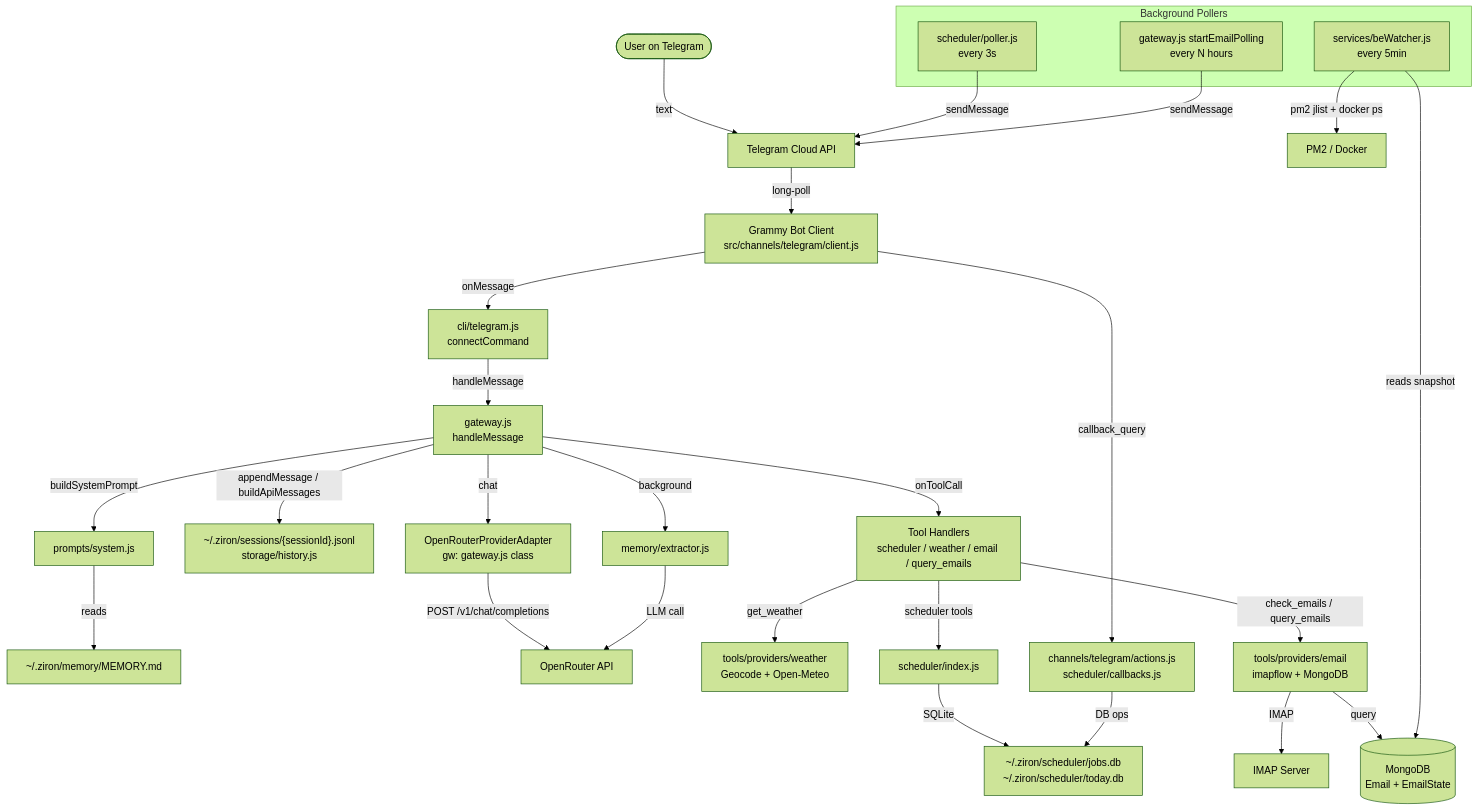
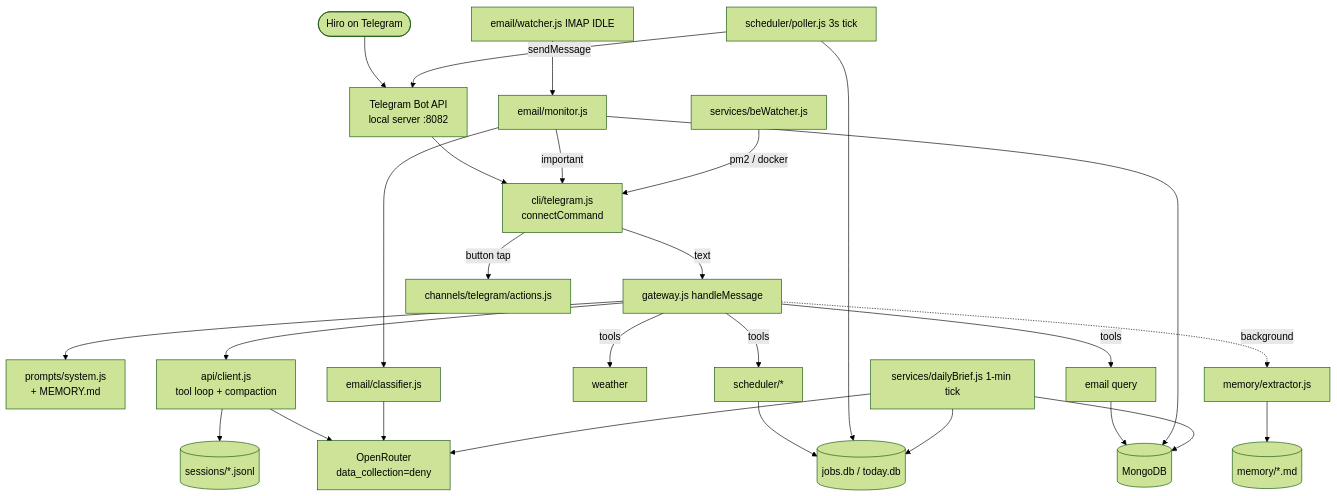
Before and after one commit to hiro2kqt/ziron-chat: the diagram in docs/SYSTEM_OVERVIEW.md, drawn with Mermaid (forest theme). The commit also changed other lines of this file and 1 other file, not shown here.

Commit message:
Rewrite system overview docs and README for current bot

````diff
--- a/docs/SYSTEM_OVERVIEW.md
+++ b/docs/SYSTEM_OVERVIEW.md
@@ -55,35 +44,23 @@
 ```mermaid
 graph TD
-    User([User on Telegram]) -->|text| TGCloud[Telegram Cloud API]
-    TGCloud -->|long-poll| Grammy[Grammy Bot Client\nsrc/channels/telegram/client.js]
-    Grammy -->|onMessage| CLITelegram[cli/telegram.js\nconnectCommand]
-    CLITelegram -->|handleMessage| Gateway[gateway.js\nhandleMessage]
-    Gateway -->|buildSystemPrompt| Prompts[prompts/system.js]
-    Prompts -->|reads| MemFiles["~/.ziron/memory/MEMORY.md"]
-    Gateway -->|appendMessage / buildApiMessages| History["~/.ziron/sessions/{sessionId}.jsonl\nstorage/history.js"]
-    Gateway -->|chat| Provider[OpenRouterProviderAdapter\ngw: gateway.js class]
-    Provider -->|POST /v1/chat/completions| OpenRouterAPI[OpenRouter API]
-    Gateway -->|onToolCall| ToolHandlers[Tool Handlers\nscheduler / weather / email / query_emails]
-    ToolHandlers -->|get_weather| WeatherProvider[tools/providers/weather\nGeocode + Open-Meteo]
-    ToolHandlers -->|scheduler tools| SchedulerIndex[scheduler/index.js]
-    SchedulerIndex -->|SQLite| SchedulerDB["~/.ziron/scheduler/jobs.db\n~/.ziron/scheduler/today.db"]
-    ToolHandlers -->|check_emails / query_emails| EmailProvider[tools/providers/email\nimapflow + MongoDB]
-    EmailProvider -->|IMAP| MailServer[IMAP Server]
-    EmailProvider -->|query| MongoDB[(MongoDB\nEmail + EmailState)]
-    Gateway -->|background| MemExtractor[memory/extractor.js]
-    MemExtractor -->|LLM call| OpenRouterAPI
-
-    subgraph Pollers [Background Pollers]
-        Poller[scheduler/poller.js\nevery 3s]
-        EmailPoller[gateway.js startEmailPolling\nevery N hours]
-        BeWatcher[services/beWatcher.js\nevery 5min]
-    end
-
-    Poller -->|sendMessage| TGCloud
-    EmailPoller -->|sendMessage| TGCloud
-    BeWatcher -->|pm2 jlist + docker ps| SystemProcs[PM2 / Docker]
-    BeWatcher -->|reads snapshot| MongoDB
-
-    Grammy -->|callback_query| Actions[channels/telegram/actions.js\nscheduler/callbacks.js]
-    Actions -->|DB ops| SchedulerDB
+    U([Hiro on Telegram]) --> TG[Telegram Bot API<br/>local server :8082]
+    TG --> CLI[cli/telegram.js<br/>connectCommand]
+    CLI -->|text| GW[gateway.js handleMessage]
+    CLI -->|button tap| ACT[channels/telegram/actions.js]
+    GW --> PR[prompts/system.js<br/>+ MEMORY.md]
+    GW --> CL[api/client.js<br/>tool loop + compaction]
+    CL --> HIS[(sessions/*.jsonl)]
+    CL --> OR[OpenRouter<br/>data_collection=deny]
+    GW -->|tools| SCH[scheduler/*] --> SQL[(jobs.db / today.db)]
+    GW -->|tools| WX[weather]
+    GW -->|tools| EQ[email query] --> MG[(MongoDB)]
+    GW -.background.-> MEM[memory/extractor.js] --> MEMF[(memory/*.md)]
+    IDLE[email/watcher.js IMAP IDLE] --> MON[email/monitor.js] --> CLS[email/classifier.js] --> OR
+    MON --> MG
+    MON -->|important| CLI
+    POLL[scheduler/poller.js 3s tick] --> SQL
+    POLL -->|sendMessage| TG
+    BR[services/dailyBrief.js 1-min tick] --> MG & SQL
+    BR --> OR
+    BE[services/beWatcher.js] -->|pm2 / docker| CLI
 ```
````
